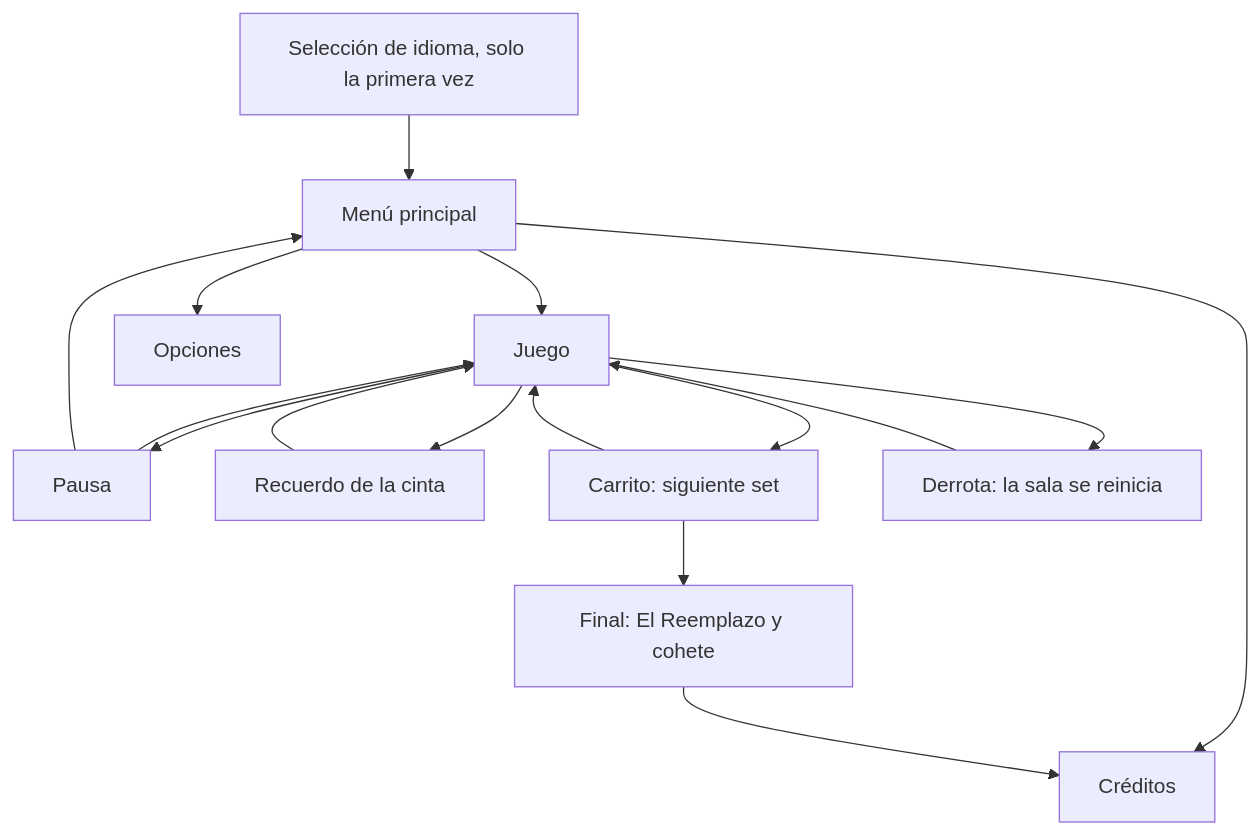
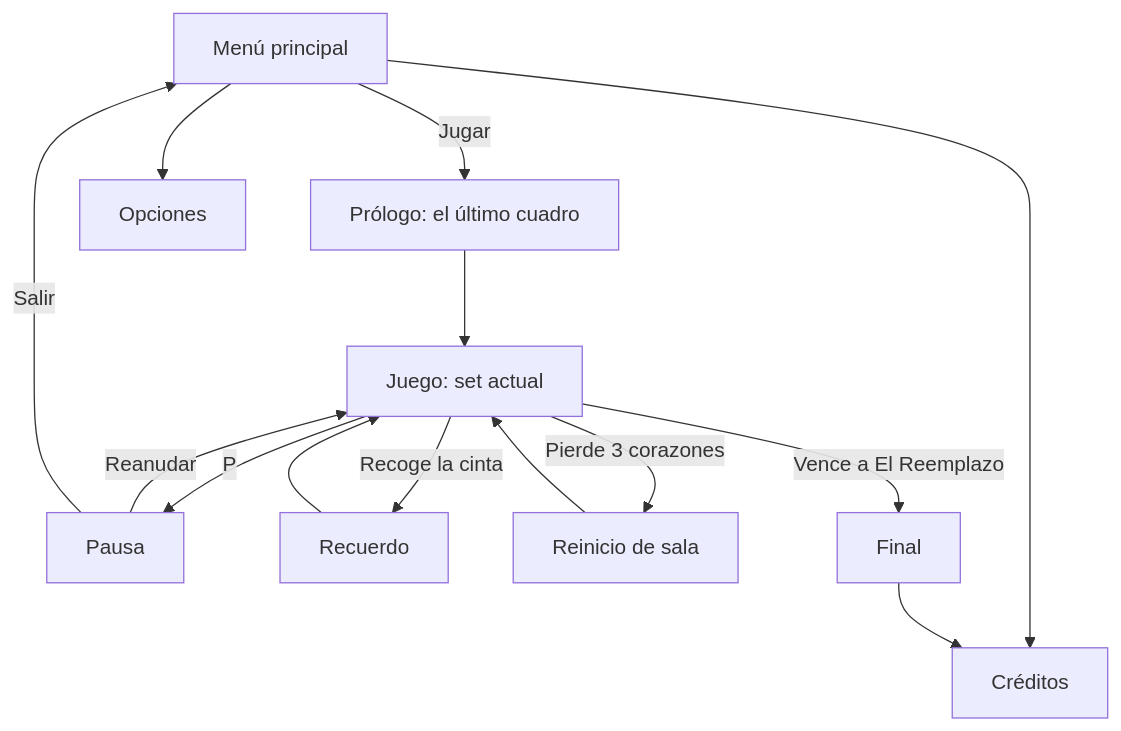
Before and after one commit to DannieLudens/last-frame-gdd: the diagram in content/es/07-tecnico.md, drawn with Mermaid. The commit also changed other lines of this file and 15 other files, not shown here.

````diff
--- a/content/es/07-tecnico.md
+++ b/content/es/07-tecnico.md
@@ -5,18 +5,16 @@
 ```mermaid
 flowchart TD
-  A[Selección de idioma, solo la primera vez] --> D[Menú principal]
-  D --> E[Juego]
-  D --> F[Opciones]
-  D --> G[Créditos]
-  E --> H[Pausa]
-  H --> E
-  H --> D
-  E --> R[Recuerdo de la cinta]
-  R --> E
-  E --> C[Carrito: siguiente set]
-  C --> E
-  E --> J[Derrota: la sala se reinicia]
-  J --> E
-  C --> V[Final: El Reemplazo y cohete]
-  V --> G
+  A[Menú principal] -->|Jugar| B[Prólogo: el último cuadro]
+  A --> O[Opciones]
+  A --> C[Créditos]
+  B --> J[Juego: set actual]
+  J -->|P| P[Pausa]
+  P -->|Reanudar| J
+  P -->|Salir| A
+  J -->|Recoge la cinta| R[Recuerdo]
+  R --> J
+  J -->|Pierde 3 corazones| X[Reinicio de sala]
+  X --> J
+  J -->|Vence a El Reemplazo| F[Final]
+  F --> C
 ```
````
